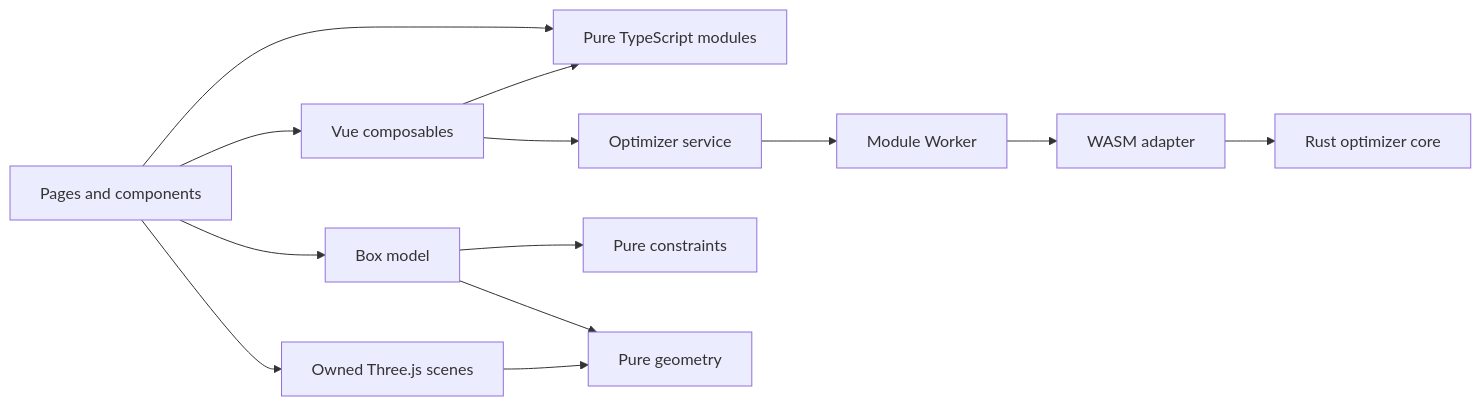
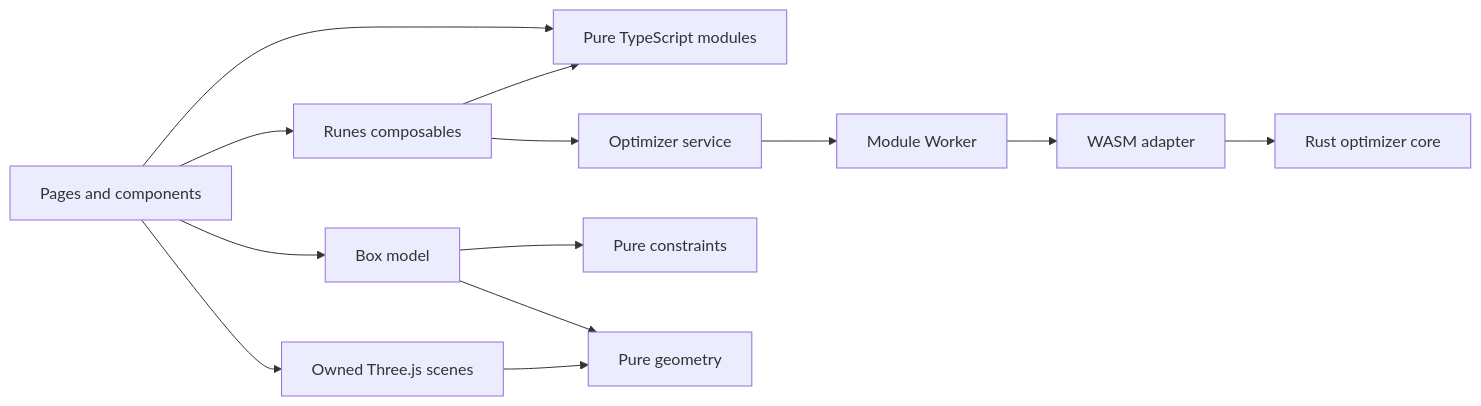
One commit to themoretheless/cut-log changed the first of 3 diagrams in ARCHITECTURE.md. Above: the diagram before and after it, drawn with Mermaid. The commit also changed other lines of this file and 122 other files, not shown here.

````diff
--- a/ARCHITECTURE.md
+++ b/ARCHITECTURE.md
@@ -17,15 +17,15 @@
 ```mermaid
 flowchart LR
-  UI["Pages and components"] --> FX["Vue composables"]
+  UI["Pages and components"] --> FX["Runes composables"]
   UI --> PURE["Pure TypeScript modules"]
   FX --> PURE
   FX --> SVC["Optimizer service"]
   SVC --> WORKER["Module Worker"]
   WORKER --> WASM["WASM adapter"]
   WASM --> CORE["Rust optimizer core"]
   UI --> BOX["Box model"]
   BOX --> CONSTRAINTS["Pure constraints"]
   BOX --> GEOMETRY["Pure geometry"]
   UI --> THREE["Owned Three.js scenes"]
   THREE --> GEOMETRY
 ```
````
